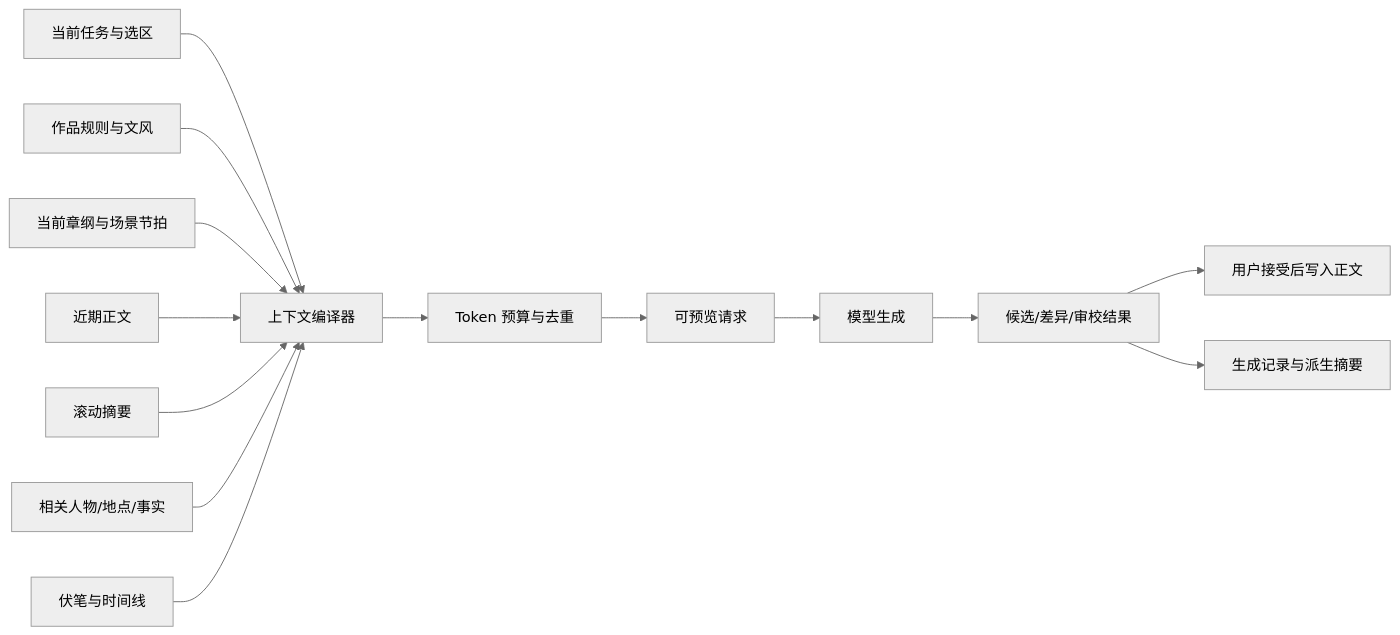
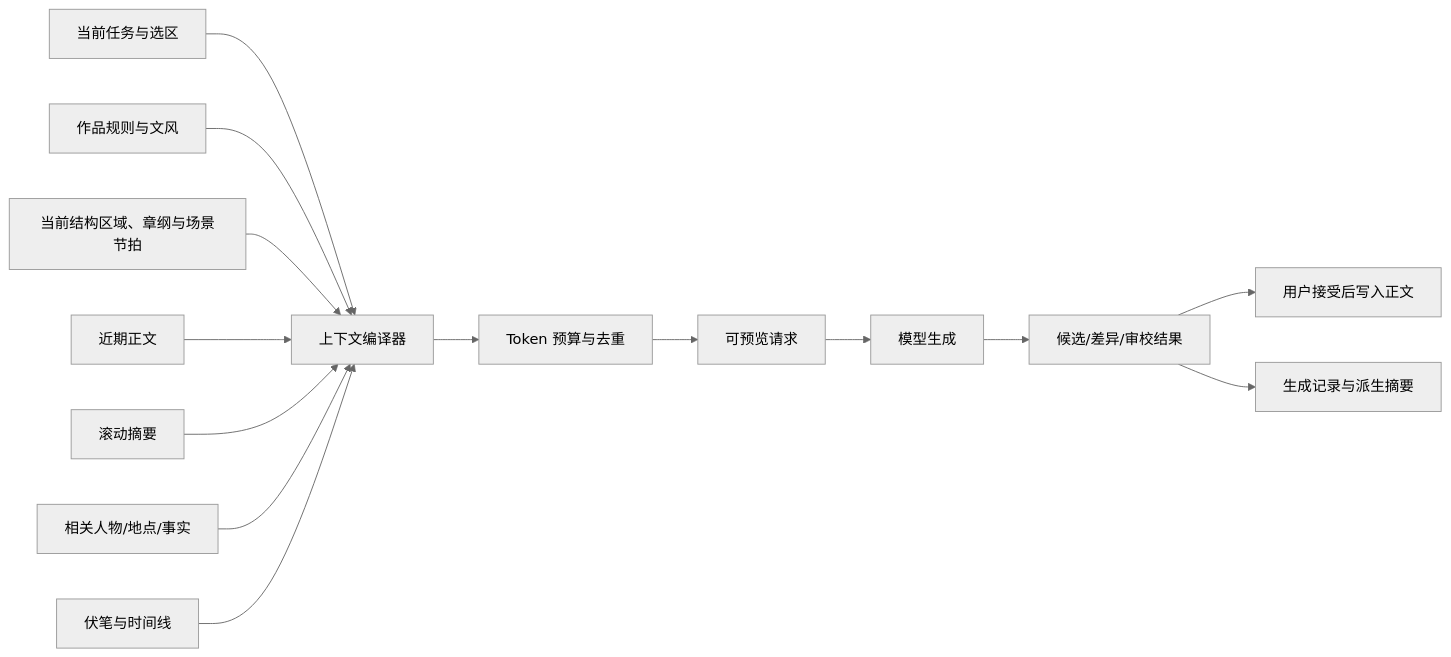
One commit to miaotouy/aio-hub changed the diagram in docs/Plan/ai-novel-studio-investigation.md. Above: the diagram before and after it, drawn with Mermaid (neutral theme). The commit also changed other lines of this file and 1 other file, not shown here.

````diff
--- a/docs/Plan/ai-novel-studio-investigation.md
+++ b/docs/Plan/ai-novel-studio-investigation.md
@@ -192,16 +283,16 @@
 ```mermaid
 flowchart LR
     A["当前任务与选区"] --> H["上下文编译器"]
     B["作品规则与文风"] --> H
-    C["当前章纲与场景节拍"] --> H
+    C["当前结构区域、章纲与场景节拍"] --> H
     D["近期正文"] --> H
     E["滚动摘要"] --> H
     F["相关人物/地点/事实"] --> H
     G["伏笔与时间线"] --> H
     H --> I["Token 预算与去重"]
     I --> J["可预览请求"]
     J --> K["模型生成"]
     K --> L["候选/差异/审校结果"]
     L --> M["用户接受后写入正文"]
     L --> N["生成记录与派生摘要"]
 ```
````
